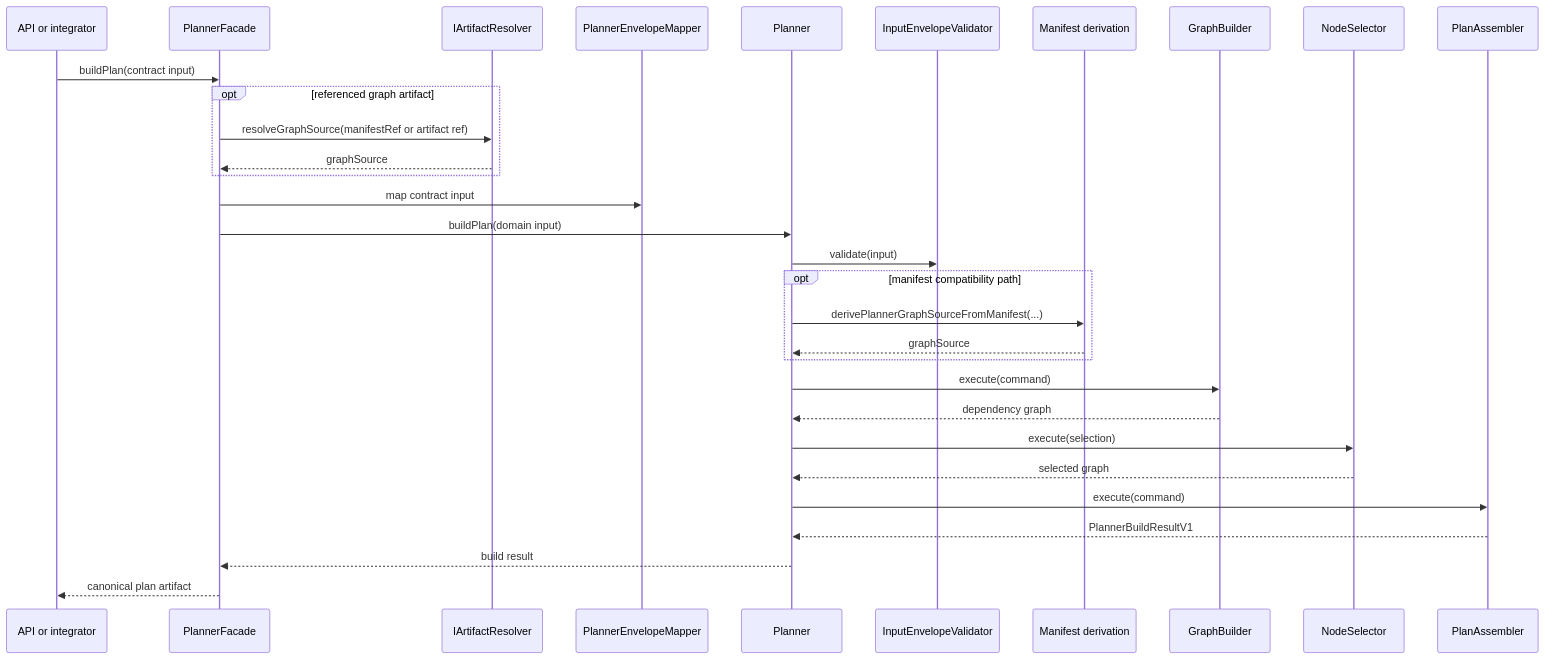
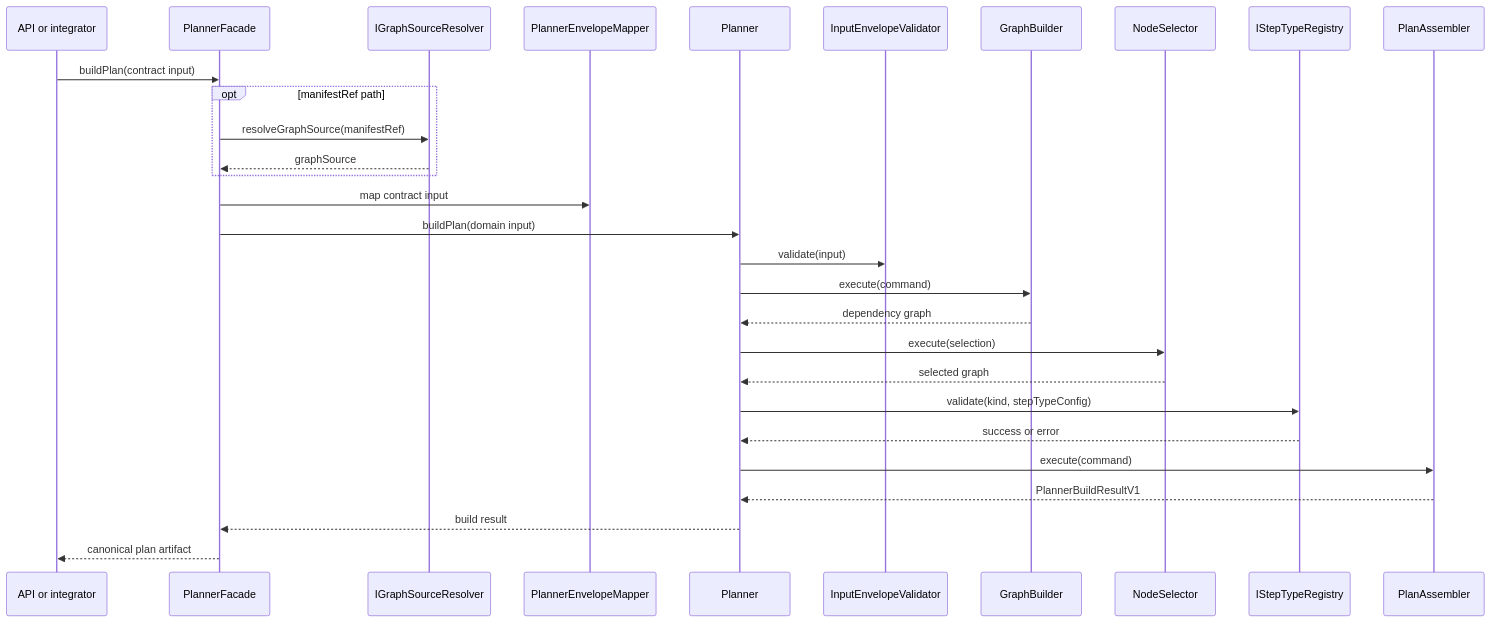
Before and after one commit to dunay2/dvt: the diagram in docs/architecture/components/planner/planner-sequence.md, drawn with Mermaid. The commit also changed other lines of this file and 4 other files, not shown here.

````diff
--- a/docs/architecture/components/planner/planner-sequence.md
+++ b/docs/architecture/components/planner/planner-sequence.md
@@ -12,34 +12,32 @@
 ```mermaid
 sequenceDiagram
   participant Caller as API or integrator
   participant Facade as PlannerFacade
-  participant Resolver as IArtifactResolver
+  participant Resolver as IGraphSourceResolver
   participant Mapper as PlannerEnvelopeMapper
   participant Planner
   participant Validator as InputEnvelopeValidator
-  participant Deriver as Manifest derivation
   participant Graph as GraphBuilder
   participant Selector as NodeSelector
+  participant Registry as IStepTypeRegistry
   participant Assembler as PlanAssembler
 
   Caller->>Facade: buildPlan(contract input)
-  opt referenced graph artifact
-    Facade->>Resolver: resolveGraphSource(manifestRef or artifact ref)
+  opt manifestRef path
+    Facade->>Resolver: resolveGraphSource(manifestRef)
     Resolver-->>Facade: graphSource
   end
   Facade->>Mapper: map contract input
   Facade->>Planner: buildPlan(domain input)
   Planner->>Validator: validate(input)
-  opt manifest compatibility path
-    Planner->>Deriver: derivePlannerGraphSourceFromManifest(...)
-    Deriver-->>Planner: graphSource
-  end
   Planner->>Graph: execute(command)
   Graph-->>Planner: dependency graph
   Planner->>Selector: execute(selection)
   Selector-->>Planner: selected graph
+  Planner->>Registry: validate(kind, stepTypeConfig)
+  Registry-->>Planner: success or error
   Planner->>Assembler: execute(command)
   Assembler-->>Planner: PlannerBuildResultV1
   Planner-->>Facade: build result
   Facade-->>Caller: canonical plan artifact
 ```
````
